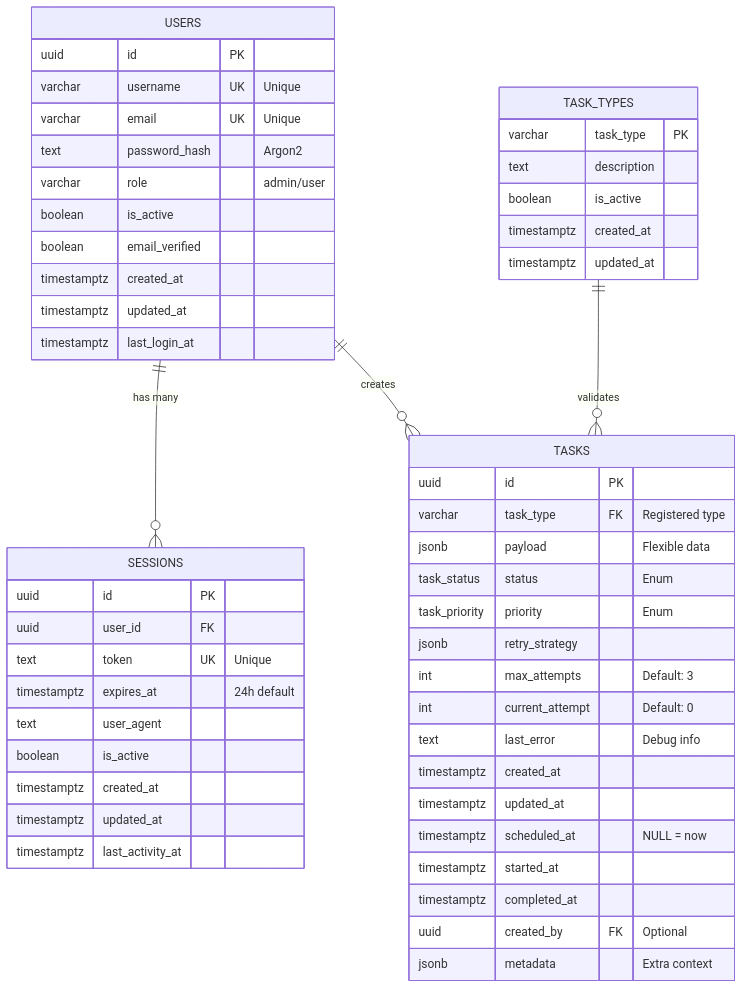
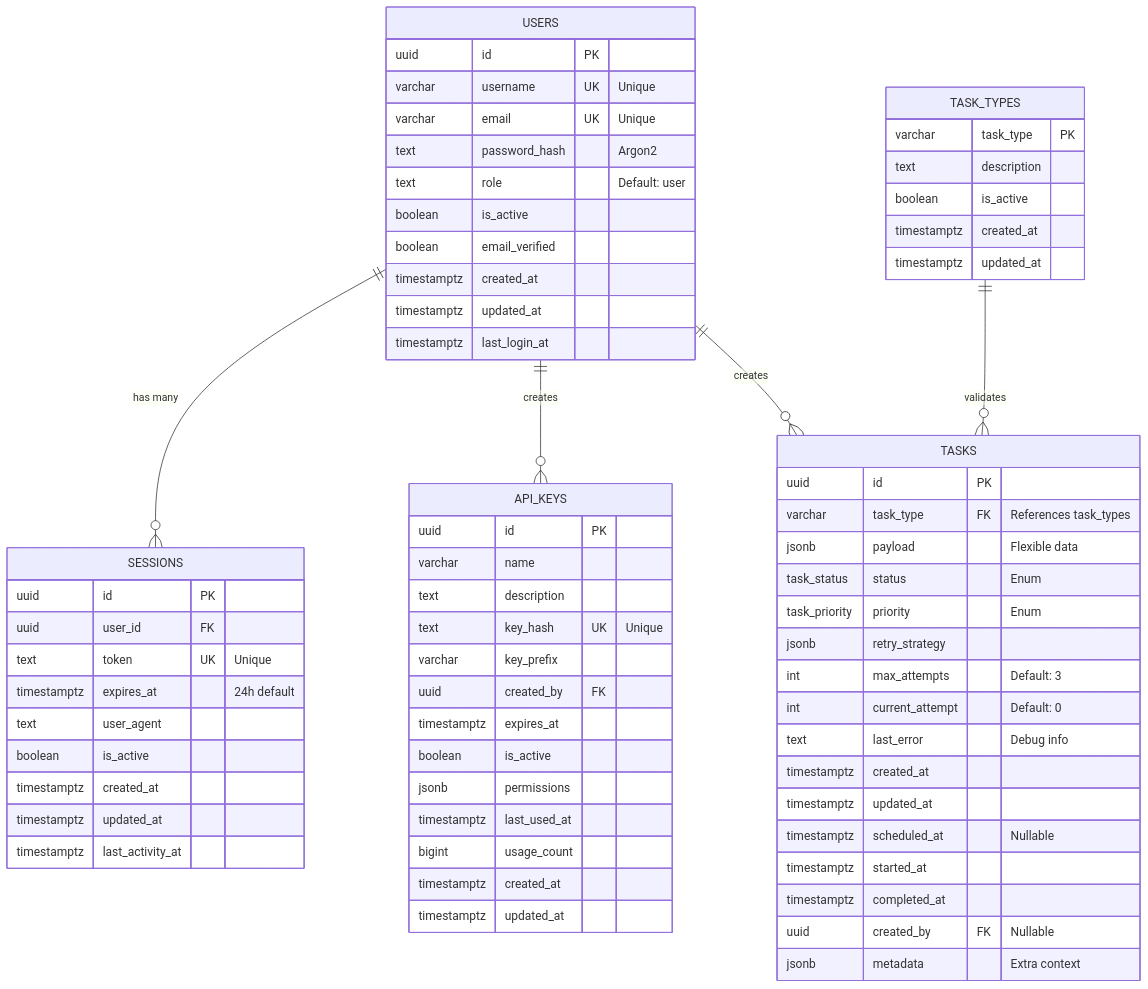
Before and after one commit to quanhua92/rust-fullstack-starter: the second of 2 diagrams in docs/guides/01-architecture.md, drawn with Mermaid. The commit also changed other lines of this file and 6 other files, not shown here.

````diff
--- a/docs/guides/01-architecture.md
+++ b/docs/guides/01-architecture.md
@@ -186,58 +268,75 @@
 ```mermaid
 erDiagram
     USERS {
         uuid id PK
         varchar username UK "Unique"
         varchar email UK "Unique"
         text password_hash "Argon2"
-        varchar role "admin/user"
+        text role "Default: user"
         boolean is_active
         boolean email_verified
         timestamptz created_at
         timestamptz updated_at
         timestamptz last_login_at
     }
     
     SESSIONS {
         uuid id PK
         uuid user_id FK
         text token UK "Unique"
         timestamptz expires_at "24h default"
         text user_agent
         boolean is_active
         timestamptz created_at
         timestamptz updated_at
         timestamptz last_activity_at
     }
     
+    API_KEYS {
+        uuid id PK
+        varchar name
+        text description
+        text key_hash UK "Unique"
+        varchar key_prefix
+        uuid created_by FK
+        timestamptz expires_at
+        boolean is_active
+        jsonb permissions
+        timestamptz last_used_at
+        bigint usage_count
+        timestamptz created_at
+        timestamptz updated_at
+    }
+    
     TASKS {
         uuid id PK
-        varchar task_type FK "Registered type"
+        varchar task_type FK "References task_types"
         jsonb payload "Flexible data"
         task_status status "Enum"
         task_priority priority "Enum"
         jsonb retry_strategy
         int max_attempts "Default: 3"
         int current_attempt "Default: 0"
         text last_error "Debug info"
         timestamptz created_at
         timestamptz updated_at
-        timestamptz scheduled_at "NULL = now"
+        timestamptz scheduled_at "Nullable"
         timestamptz started_at
         timestamptz completed_at
-        uuid created_by FK "Optional"
+        uuid created_by FK "Nullable"
         jsonb metadata "Extra context"
     }
     
     TASK_TYPES {
         varchar task_type PK
         text description
         boolean is_active
         timestamptz created_at
         timestamptz updated_at
     }
     
     USERS ||--o{ SESSIONS : "has many"
+    USERS ||--o{ API_KEYS : "creates"
     USERS ||--o{ TASKS : "creates"
     TASK_TYPES ||--o{ TASKS : "validates"
 ```
````
